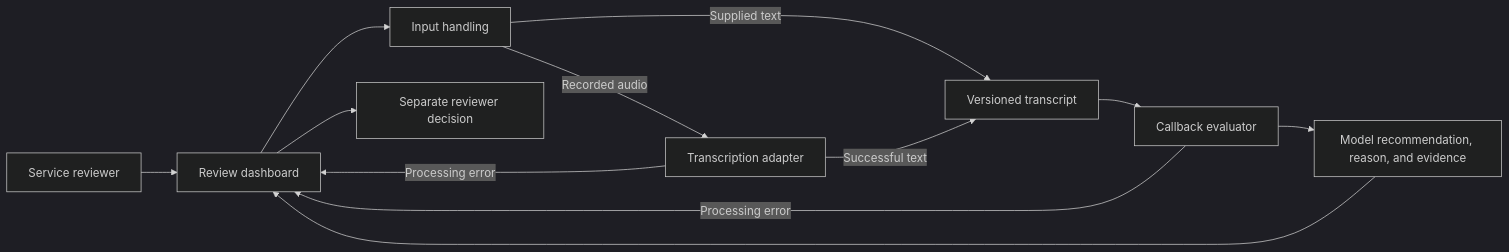
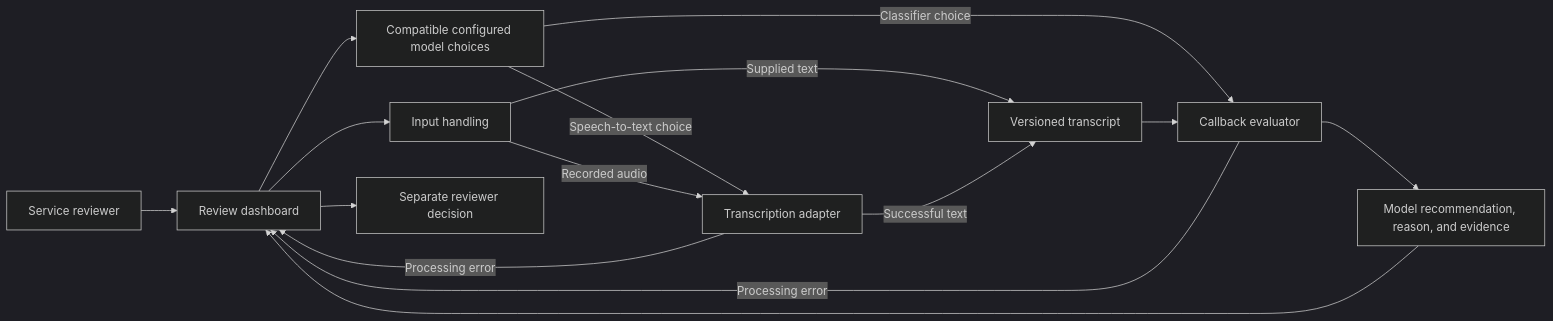
One commit to aidevcode9/voice-callback-review changed the first of 3 diagrams in docs/ARCHITECTURE.md. Above: the diagram before and after it, drawn with Mermaid (dark theme). The commit also changed other lines of this file and 23 other files, not shown here.

````diff
--- a/docs/ARCHITECTURE.md
+++ b/docs/ARCHITECTURE.md
@@ -5,14 +5,17 @@
 ```mermaid
 flowchart LR
     Reviewer["Service reviewer"] --> UI["Review dashboard"]
     UI --> Input["Input handling"]
+    UI --> Models["Compatible configured model choices"]
+    Models -->|Speech-to-text choice| STT
+    Models -->|Classifier choice| Evaluate
     Input -->|Recorded audio| STT["Transcription adapter"]
     Input -->|Supplied text| Transcript["Versioned transcript"]
     STT -->|Successful text| Transcript
     STT -->|Processing error| UI
     Transcript --> Evaluate["Callback evaluator"]
     Evaluate -->|Processing error| UI
     Evaluate --> Prediction["Model recommendation, reason, and evidence"]
     Prediction --> UI
     UI --> Human["Separate reviewer decision"]
 ```
````
